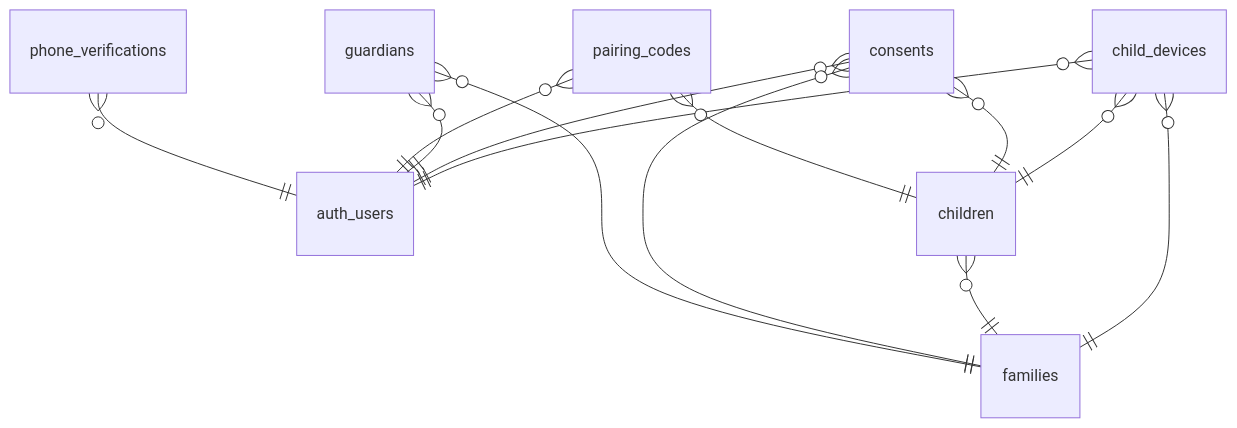
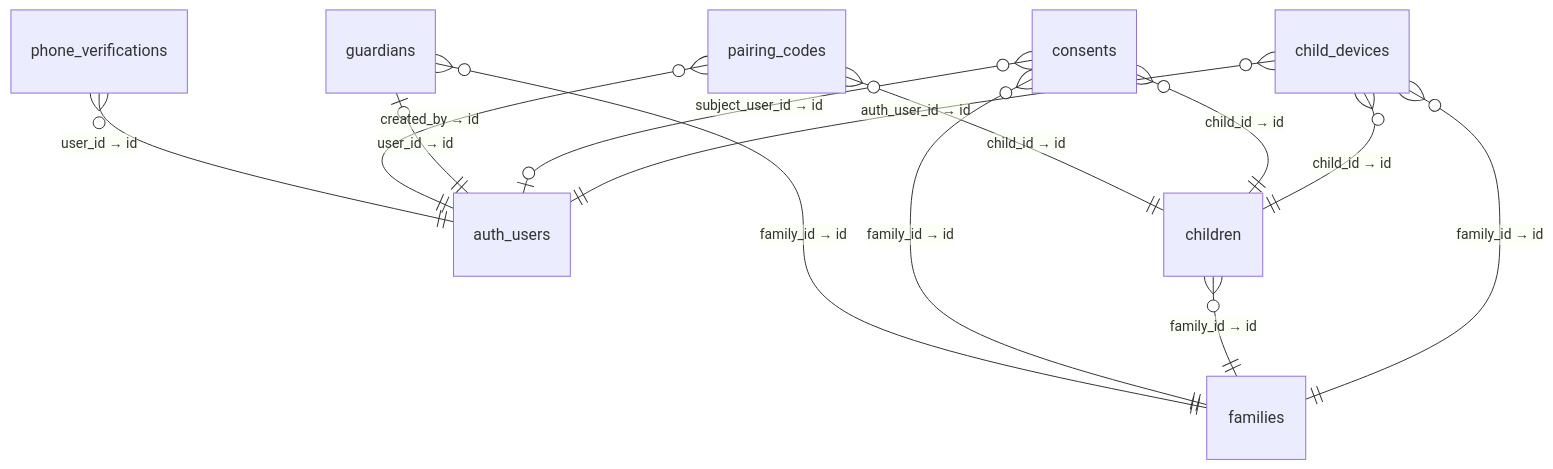
The first of 6 diagrams in DOC/Step 2/데이터베이스 스키마 설계서.md (obhht2302-ctrl/AIO_team_04_final_project), drawn with Mermaid before and after one commit. The commit also changed other lines of this file and 1 other file, not shown here.

````diff
--- a/DOC/Step 2/데이터베이스 스키마 설계서.md
+++ b/DOC/Step 2/데이터베이스 스키마 설계서.md
@@ -117,23 +108,15 @@
 ```mermaid
 erDiagram
-  child_devices }o--|| auth_users : ""
-  child_devices }o--|| children : ""
-  child_devices }o--|| families : ""
-  children }o--|| families : ""
-  consents }o--|| auth_users : ""
-  consents }o--|| children : ""
-  consents }o--|| families : ""
-  guardians }o--|| auth_users : ""
-  guardians }o--|| families : ""
-  pairing_codes }o--|| auth_users : ""
-  pairing_codes }o--|| children : ""
-  phone_verifications }o--|| auth_users : ""
-  %% 다른 도메인(기준 노드): auth_users
-  families { }
-  guardians { }
-  children { }
-  consents { }
-  child_devices { }
-  phone_verifications { }
-  pairing_codes { }
+  child_devices }o--|| auth_users : "auth_user_id → id"
+  child_devices }o--|| children : "child_id → id"
+  child_devices }o--|| families : "family_id → id"
+  children }o--|| families : "family_id → id"
+  consents }o--o| auth_users : "subject_user_id → id"
+  consents }o--|| children : "child_id → id"
+  consents }o--|| families : "family_id → id"
+  guardians |o--|| auth_users : "user_id → id"
+  guardians }o--|| families : "family_id → id"
+  pairing_codes }o--|| auth_users : "created_by → id"
+  pairing_codes }o--|| children : "child_id → id"
+  phone_verifications }o--|| auth_users : "user_id → id"
 ```
````
